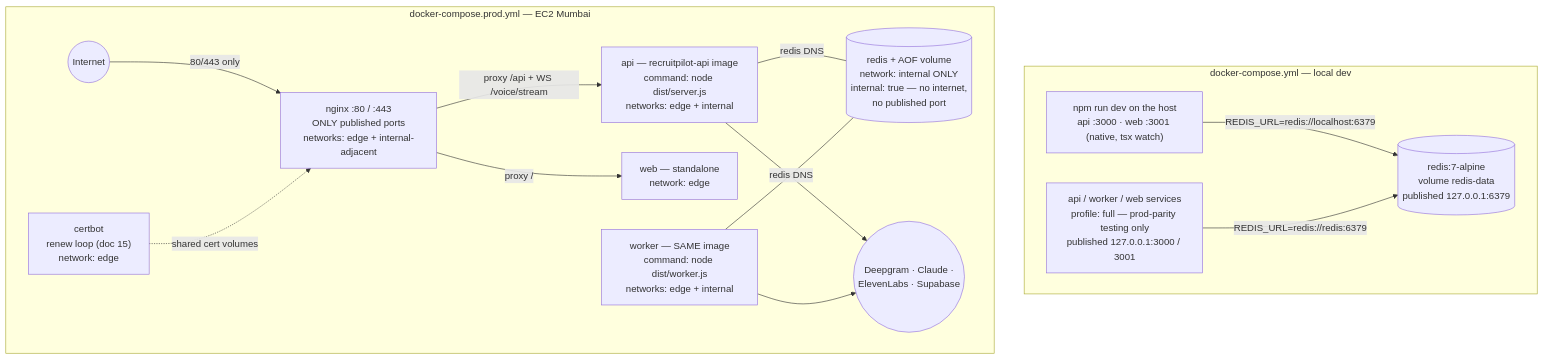
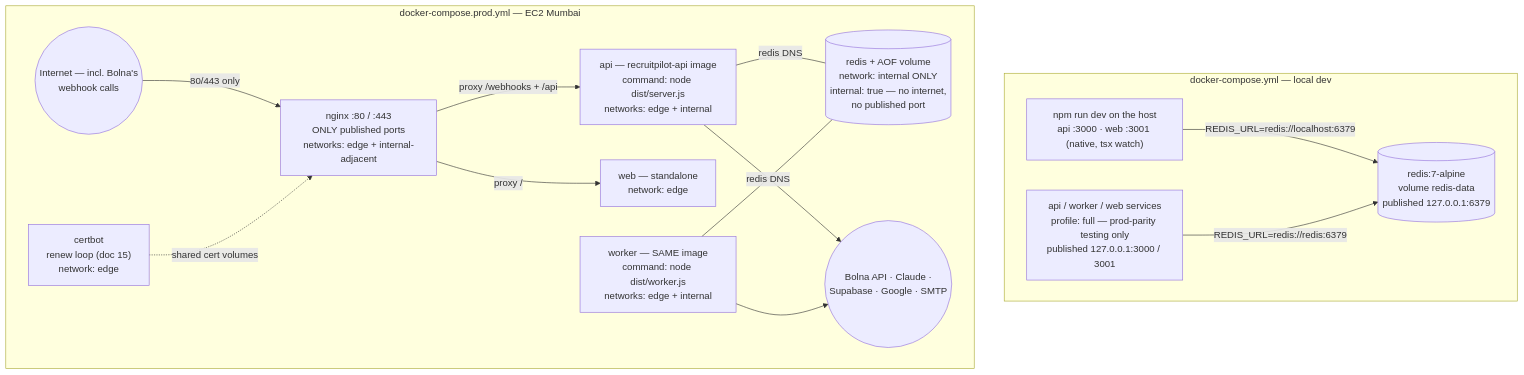
Before and after one commit to gandhi120/RecruitPilot_AI: the diagram in docs/13_DOCKER_SETUP.md, drawn with Mermaid. The commit also changed other lines of this file and 34 other files, not shown here.

First line of the commit message:
docs: pivot voice stack to Bolna; archive DIY vendor docs as phase-2 reference

````diff
--- a/docs/13_DOCKER_SETUP.md
+++ b/docs/13_DOCKER_SETUP.md
@@ -130,30 +130,30 @@
 ```mermaid
 flowchart TB
     subgraph DEV["docker-compose.yml — local dev"]
         DEVNODE["npm run dev on the host<br/>api :3000 · web :3001 (native, tsx watch)"]
         DREDIS[("redis:7-alpine<br/>volume redis-data<br/>published 127.0.0.1:6379")]
         DFULL["api / worker / web services<br/>profile: full — prod-parity testing only<br/>published 127.0.0.1:3000 / 3001"]
         DEVNODE -->|"REDIS_URL=redis://localhost:6379"| DREDIS
         DFULL -->|"REDIS_URL=redis://redis:6379"| DREDIS
     end
 
     subgraph PROD["docker-compose.prod.yml — EC2 Mumbai"]
         NG["nginx :80 / :443<br/>ONLY published ports<br/>networks: edge + internal-adjacent"]
         CB["certbot<br/>renew loop (doc 15)<br/>network: edge"]
         API["api — recruitpilot-api image<br/>command: node dist/server.js<br/>networks: edge + internal"]
         WK["worker — SAME image<br/>command: node dist/worker.js<br/>networks: edge + internal"]
         WEB["web — standalone<br/>network: edge"]
         RD[("redis + AOF volume<br/>network: internal ONLY<br/>internal: true — no internet,<br/>no published port")]
-        INET(("Internet"))
-        VENDORS(("Deepgram · Claude ·<br/>ElevenLabs · Supabase"))
+        INET(("Internet — incl. Bolna's<br/>webhook calls"))
+        VENDORS(("Bolna API · Claude ·<br/>Supabase · Google · SMTP"))
 
         INET -->|"80/443 only"| NG
-        NG -->|"proxy /api + WS /voice/stream"| API
+        NG -->|"proxy /webhooks + /api"| API
         NG -->|"proxy /"| WEB
         CB -.->|"shared cert volumes"| NG
         API ---|"redis DNS"| RD
         WK ---|"redis DNS"| RD
         API --> VENDORS
         WK --> VENDORS
     end
 ```
````
